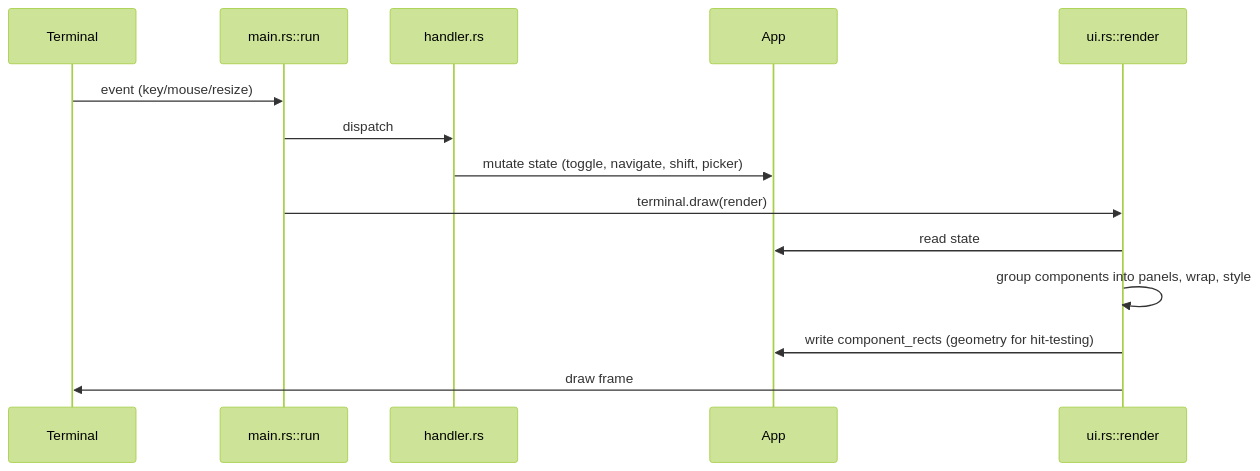
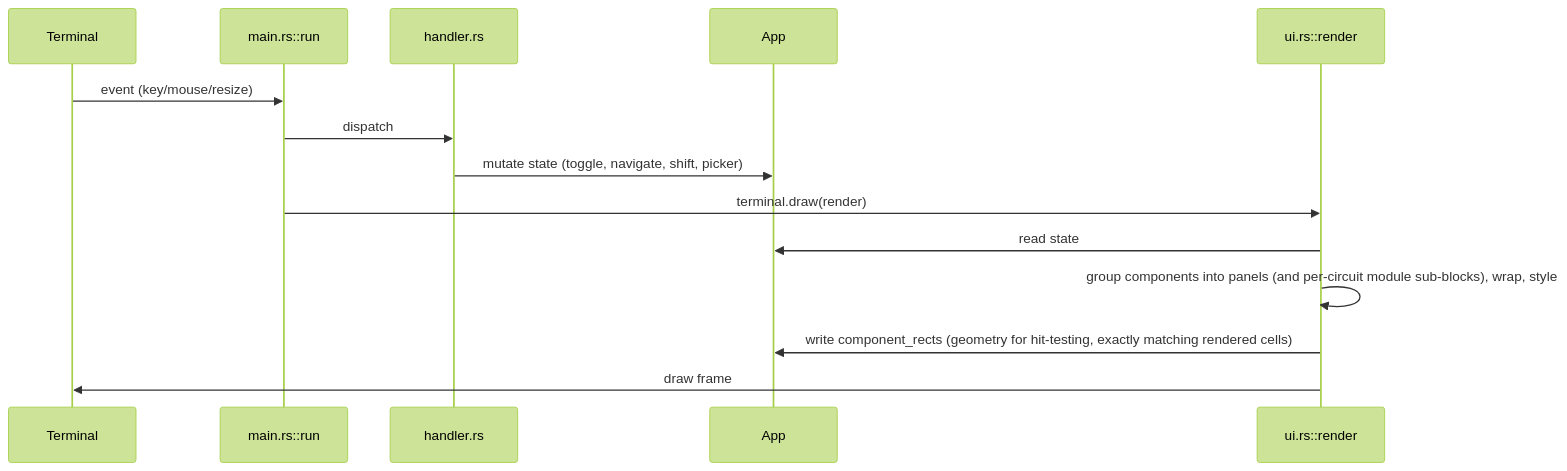
One commit to moonstruxx/droid-buddy changed the second of 2 diagrams in ARCHITECTURE.md. Above: the diagram before and after it, drawn with Mermaid (forest theme). The commit also changed other lines of this file and 8 other files, not shown here.

````diff
--- a/ARCHITECTURE.md
+++ b/ARCHITECTURE.md
@@ -99,16 +99,16 @@
 ```mermaid
 sequenceDiagram
     participant T as Terminal
     participant L as main.rs::run
     participant H as handler.rs
     participant A as App
     participant U as ui.rs::render
     T->>L: event (key/mouse/resize)
     L->>H: dispatch
     H->>A: mutate state (toggle, navigate, shift, picker)
     L->>U: terminal.draw(render)
     U->>A: read state
-    U->>U: group components into panels, wrap, style
-    U->>A: write component_rects (geometry for hit-testing)
+    U->>U: group components into panels (and per-circuit module sub-blocks), wrap, style
+    U->>A: write component_rects (geometry for hit-testing, exactly matching rendered cells)
     U->>T: draw frame
 ```
````
